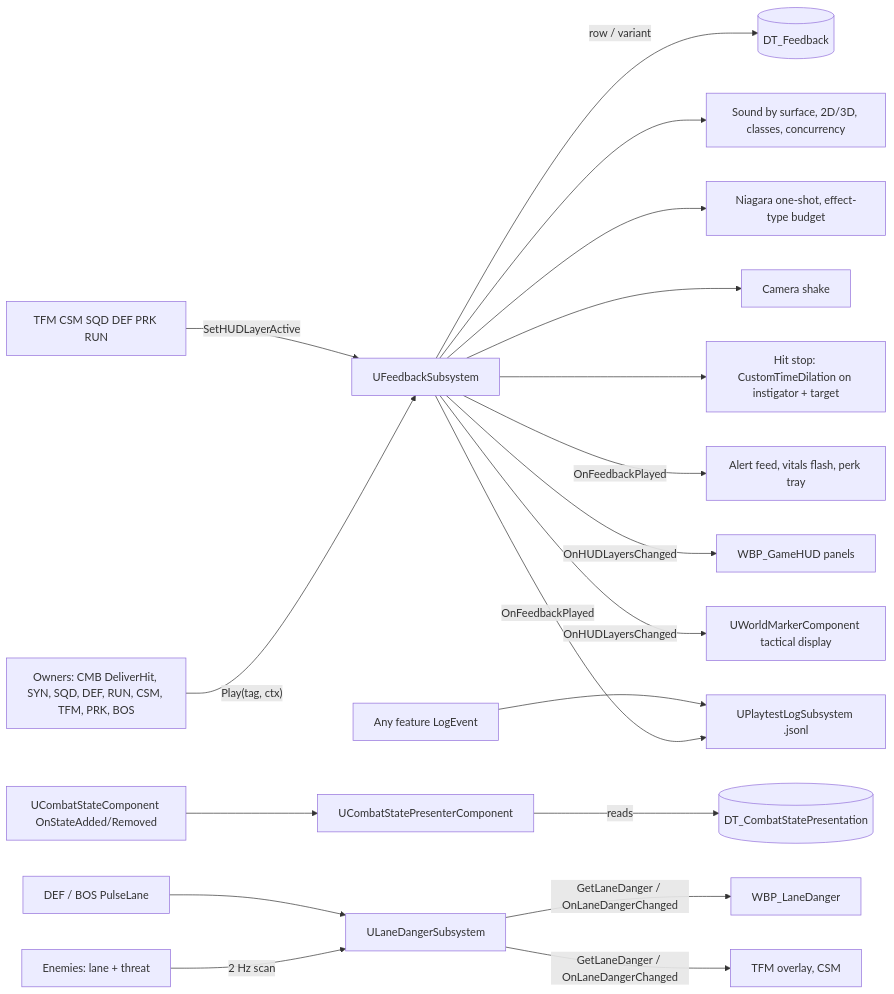
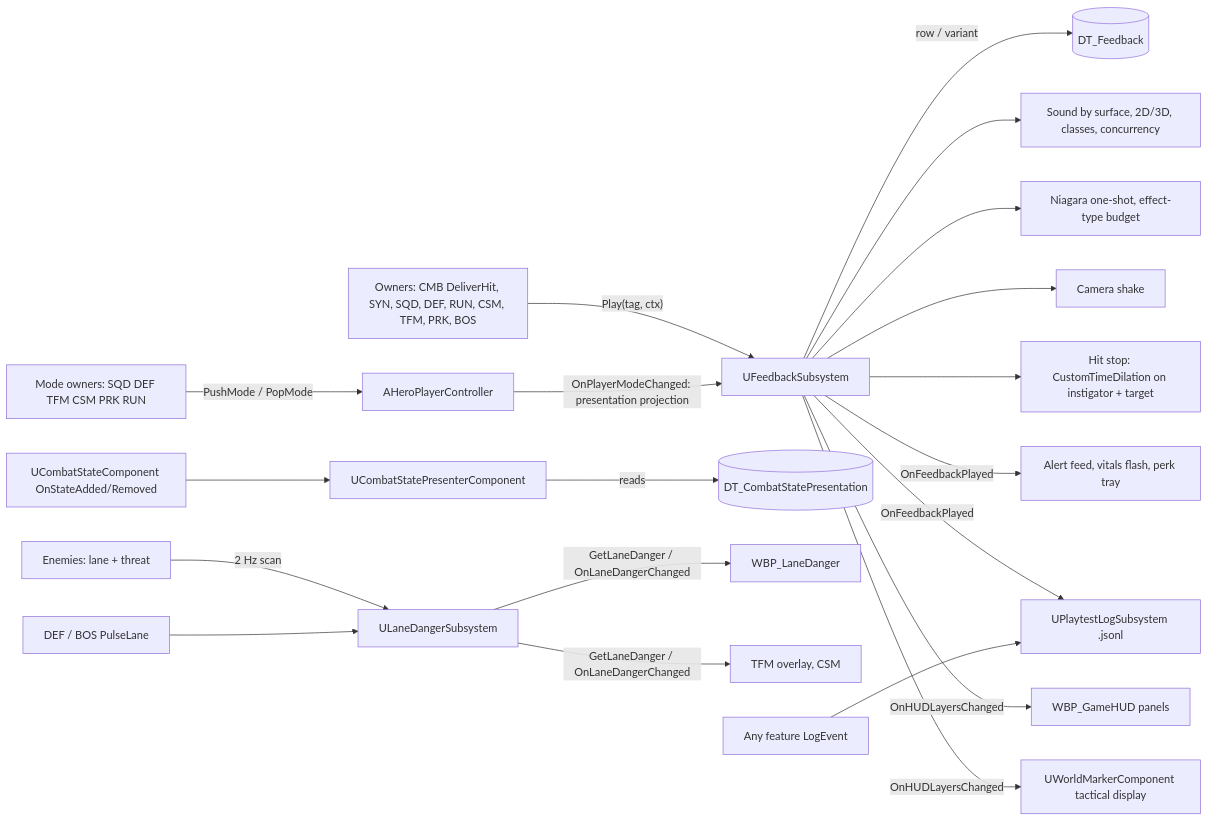
Before and after one commit to caodinhminhnhat230199/castle_defender: the first of 3 diagrams in ai/game/13-hud-feedback/technical-plan.md, drawn with Mermaid. The commit also changed other lines of this file and 57 other files, not shown here.

````diff
--- a/ai/game/13-hud-feedback/technical-plan.md
+++ b/ai/game/13-hud-feedback/technical-plan.md
@@ -75,18 +79,19 @@
 ```mermaid
 flowchart LR
   G[Owners: CMB DeliverHit, SYN, SQD, DEF, RUN, CSM, TFM, PRK, BOS] -- Play(tag, ctx) --> FS[UFeedbackSubsystem]
   FS -- row / variant --> DT[(DT_Feedback)]
   FS --> SND[Sound by surface, 2D/3D, classes, concurrency]
   FS --> NS[Niagara one-shot, effect-type budget]
   FS --> CAM[Camera shake]
   FS --> HS[Hit stop: CustomTimeDilation on instigator + target]
   FS -- OnFeedbackPlayed --> UI[Alert feed, vitals flash, perk tray]
   FS -- OnFeedbackPlayed --> LOG[UPlaytestLogSubsystem .jsonl]
-  L[TFM CSM SQD DEF PRK RUN] -- SetHUDLayerActive --> FS
+  L[Mode owners: SQD DEF TFM CSM PRK RUN] -- PushMode / PopMode --> PC[AHeroPlayerController]
+  PC -- OnPlayerModeChanged: presentation projection --> FS
   FS -- OnHUDLayersChanged --> HUD[WBP_GameHUD panels] & MK[UWorldMarkerComponent tactical display]
   CS[UCombatStateComponent OnStateAdded/Removed] --> PR[UCombatStatePresenterComponent] -- reads --> CSP[(DT_CombatStatePresentation)]
   EN[Enemies: lane + threat] -- 2 Hz scan --> LD[ULaneDangerSubsystem]
   DEFBOS[DEF / BOS PulseLane] --> LD
   LD -- GetLaneDanger / OnLaneDangerChanged --> W[WBP_LaneDanger] & TFM[TFM overlay, CSM]
   ANY[Any feature LogEvent] --> LOG
 ```
````
